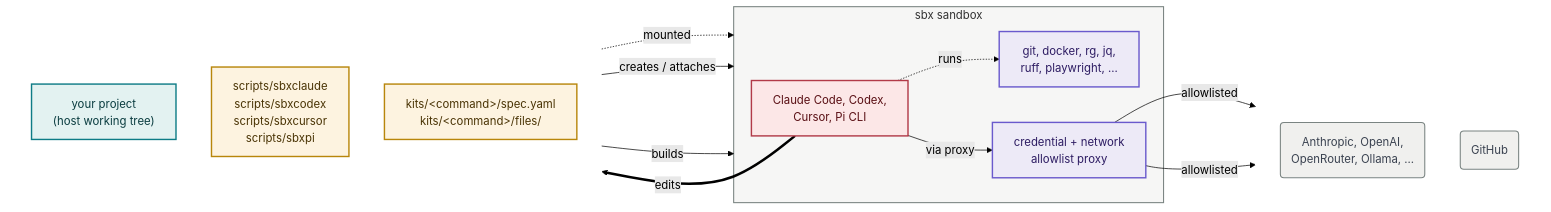
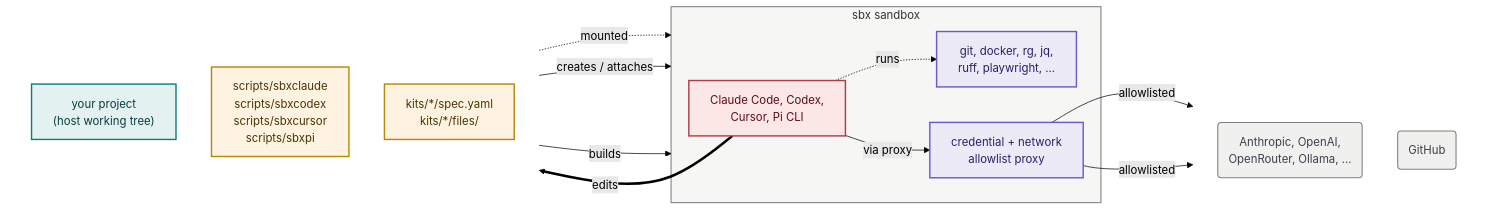
One commit to lars20070/sbxagent changed the diagram in README.md. Above: the diagram before and after it, drawn with Mermaid (forest theme).

Commit message:
Fix Mermaid diagram

````diff
--- a/README.md
+++ b/README.md
@@ -19,43 +19,43 @@
 ```mermaid
 flowchart LR
   subgraph IN[" "]
     direction TB
     PROJ["your project<br/>(host working tree)"]
     DRV["scripts/sbxclaude<br/>scripts/sbxcodex<br/>scripts/sbxcursor<br/>scripts/sbxpi"]
-    KIT["kits/&lt;command&gt;/spec.yaml<br/>kits/&lt;command&gt;/files/"]
+    KIT["kits/*/spec.yaml<br/>kits/*/files/"]
   end
 
   subgraph VM["sbx sandbox"]
     AGENT["Claude Code, Codex,<br/>Cursor, Pi CLI"]
     TOOLS["git, docker, rg, jq,<br/>ruff, playwright, ..."]
     PROXY["credential + network<br/>allowlist proxy"]
   end
 
   subgraph NET[" "]
     direction TB
     LLM("Anthropic, OpenAI, <br/>OpenRouter, Ollama, ...")
     GH("GitHub")
   end
 
   PROJ -.->|"mounted"| VM
   DRV -->|"creates / attaches"| VM
   KIT -->|"builds"| VM
   AGENT -.->|"runs"| TOOLS
   AGENT -->|"via proxy"| PROXY
   PROXY -->|"allowlisted"| LLM & GH
   AGENT ==>|"edits"| PROJ
 
   classDef data    fill:#E3F2F1,stroke:#0E7C86,stroke-width:2px,color:#0B3D40
   classDef host    fill:#FDF3E0,stroke:#B8860B,stroke-width:2px,color:#4A3405
   classDef helper  fill:#EDEAF7,stroke:#6A5ACD,stroke-width:2px,color:#2E1D63
   classDef agent   fill:#FCE7E7,stroke:#B23A48,stroke-width:2px,color:#5A1015
   classDef ext     fill:#F0F0EE,stroke:#7A8482,stroke-width:1.5px,color:#3A4250
   class PROJ data
   class KIT,DRV host
   class TOOLS,PROXY helper
   class AGENT agent
   class GH,LLM ext
   style VM fill:#F6F6F5,stroke:#7A8482,stroke-width:1.5px
   style IN fill:none,stroke:none
   style NET fill:none,stroke:none
 ```
````
